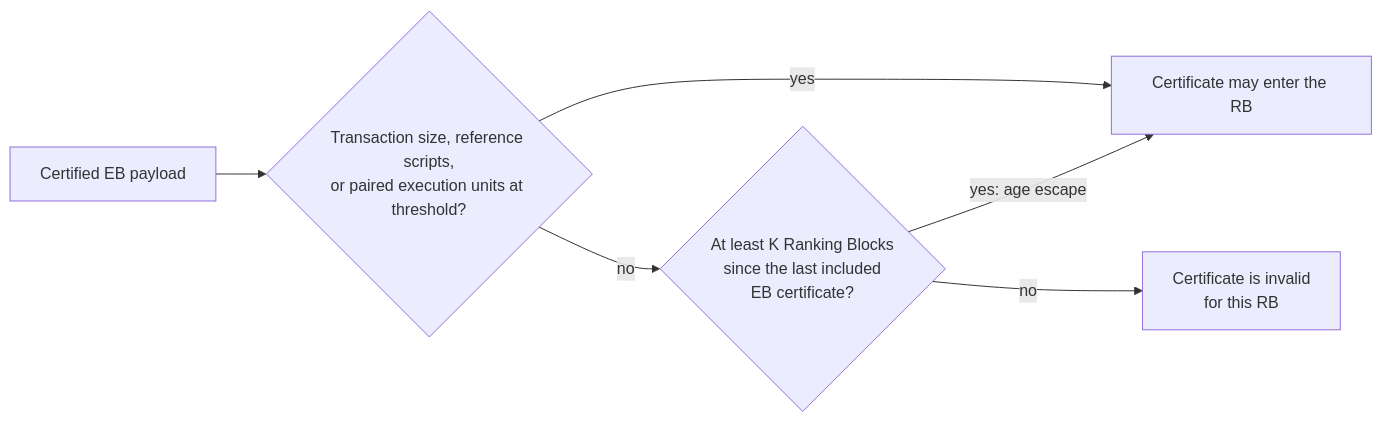
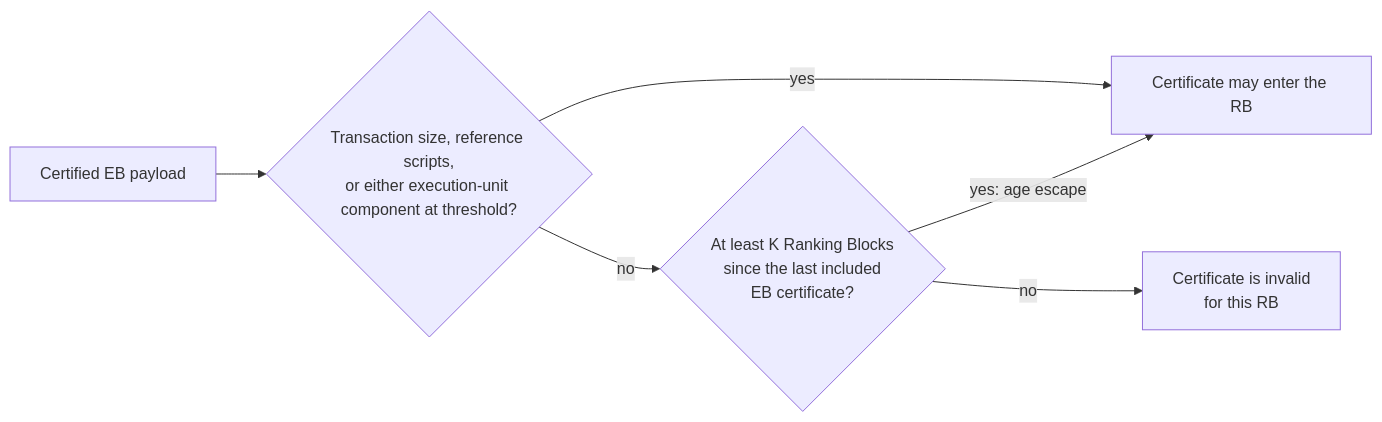
The fourth of 4 diagrams in docs/phase-2/CIP-urgency-signalling/README.md (input-output-hk/tiered-pricing), drawn with Mermaid before and after one commit. The commit also changed other lines of this file, not shown here.

````diff
--- a/docs/phase-2/CIP-urgency-signalling/README.md
+++ b/docs/phase-2/CIP-urgency-signalling/README.md
@@ -546,8 +570,8 @@
 ```mermaid
 flowchart LR
-    P["Certified EB payload"] --> T1{"Transaction size, reference scripts,<br/>or paired execution units at threshold?"}
+    P["Certified EB payload"] --> T1{"Transaction size, reference scripts,<br/>or either execution-unit component at threshold?"}
     T1 -- "yes" --> A["Certificate may enter the RB"]
     T1 -- "no" --> T2{"At least K Ranking Blocks<br/>since the last included<br/>EB certificate?"}
     T2 -- "yes: age escape" --> A
     T2 -- "no" --> W["Certificate is invalid<br/>for this RB"]
 ```
````
